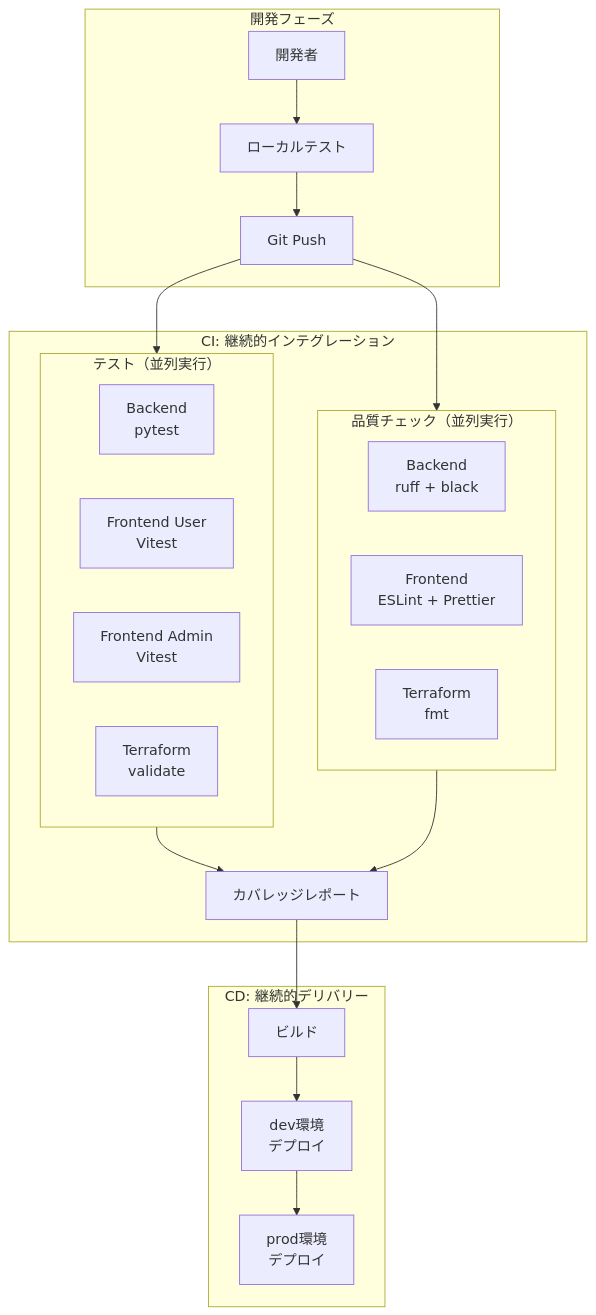
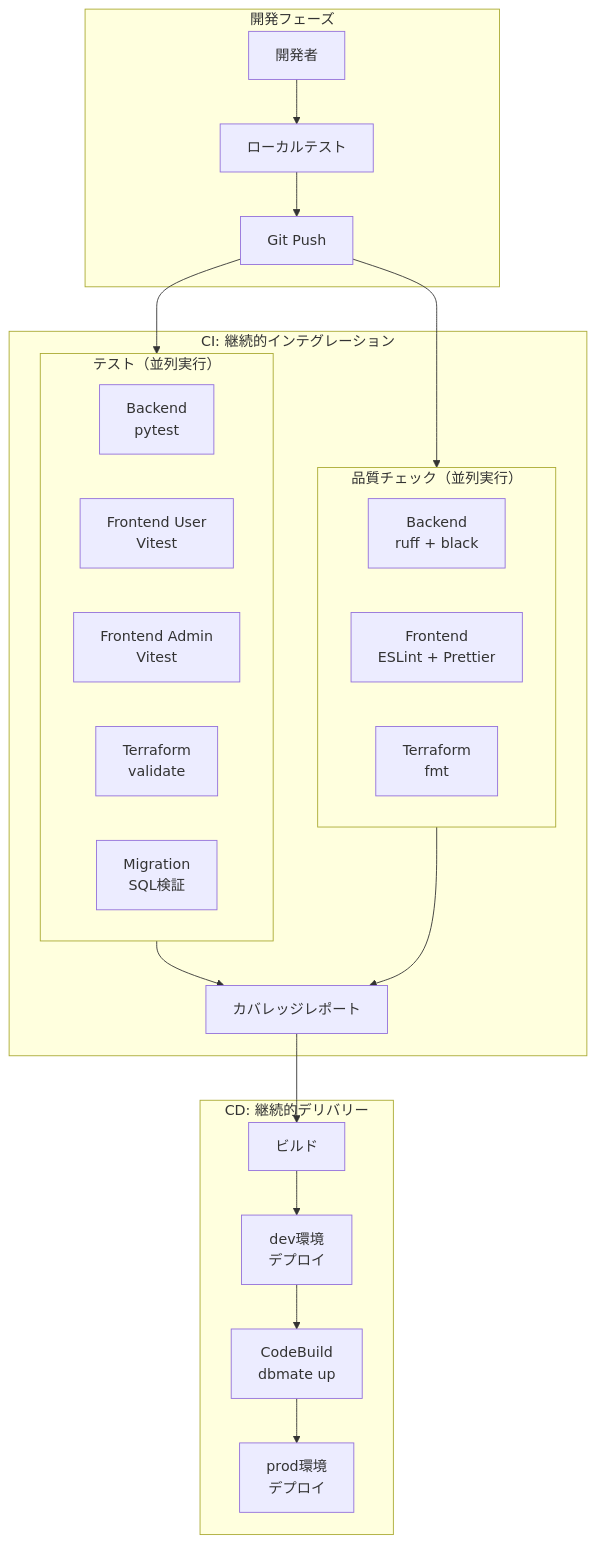
The first of 14 diagrams in docs/cicd-design.md (MizukiAono/zousho), drawn with Mermaid before and after one commit. The commit also changed other lines of this file and 2 other files, not shown here.

````diff
--- a/docs/cicd-design.md
+++ b/docs/cicd-design.md
@@ -7,39 +7,42 @@
 ```mermaid
 flowchart TB
     subgraph Dev["開発フェーズ"]
         Developer["開発者"]
         LocalTest["ローカルテスト"]
         Push["Git Push"]
     end
 
     subgraph CI["CI: 継続的インテグレーション"]
         subgraph Tests["テスト（並列実行）"]
             BackendTest["Backend<br/>pytest"]
             FrontendUserTest["Frontend User<br/>Vitest"]
             FrontendAdminTest["Frontend Admin<br/>Vitest"]
             TerraformValidate["Terraform<br/>validate"]
+            MigrationValidate["Migration<br/>SQL検証"]
         end
         subgraph Quality["品質チェック（並列実行）"]
             BackendLint["Backend<br/>ruff + black"]
             FrontendLint["Frontend<br/>ESLint + Prettier"]
             TerraformFmt["Terraform<br/>fmt"]
         end
         Coverage["カバレッジレポート"]
     end
 
     subgraph CD["CD: 継続的デリバリー"]
         Build["ビルド"]
         DeployDev["dev環境<br/>デプロイ"]
+        CodeBuild["CodeBuild<br/>dbmate up"]
         DeployProd["prod環境<br/>デプロイ"]
     end
 
     Developer --> LocalTest
     LocalTest --> Push
     Push --> Tests
     Push --> Quality
     Tests --> Coverage
     Quality --> Coverage
     Coverage --> Build
     Build --> DeployDev
-    DeployDev --> DeployProd
+    DeployDev --> CodeBuild
+    CodeBuild --> DeployProd
 ```
````
